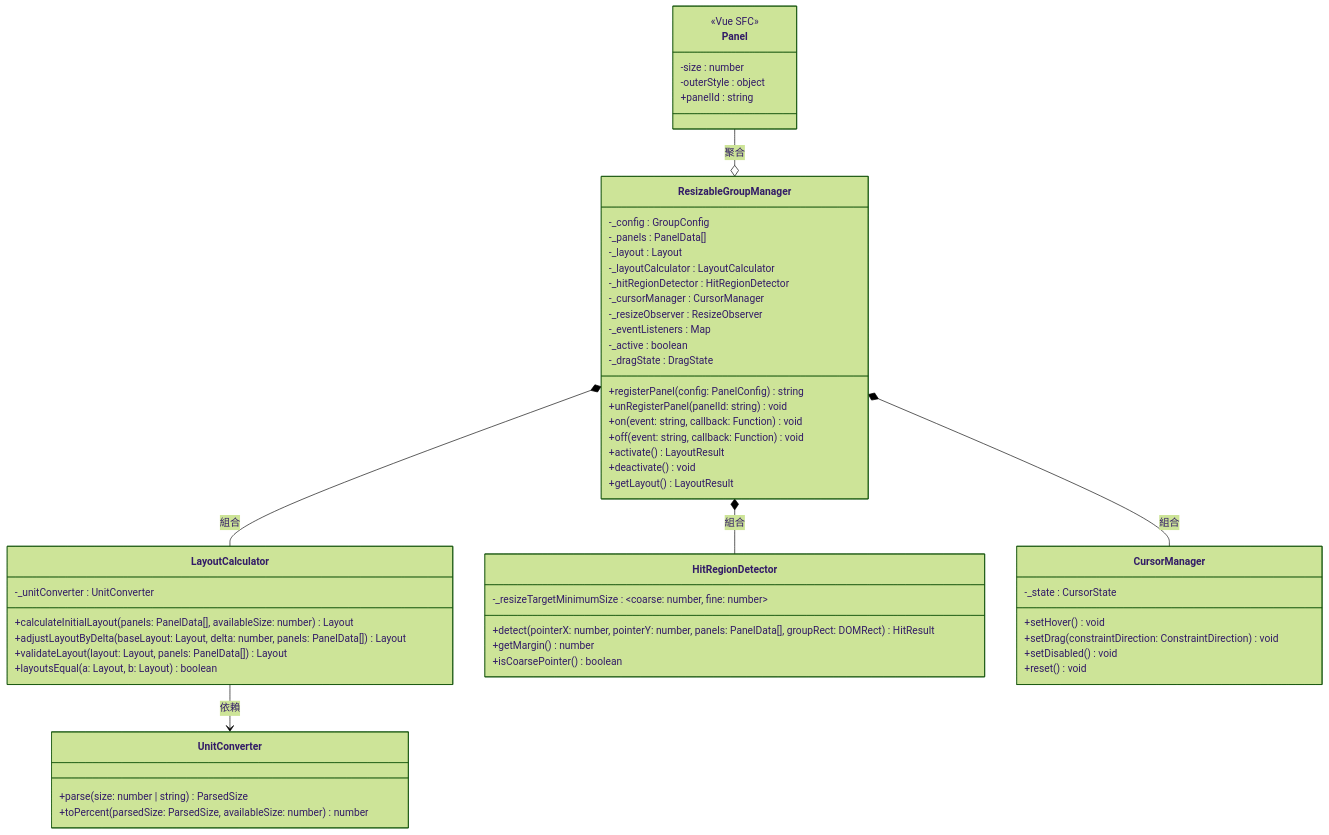
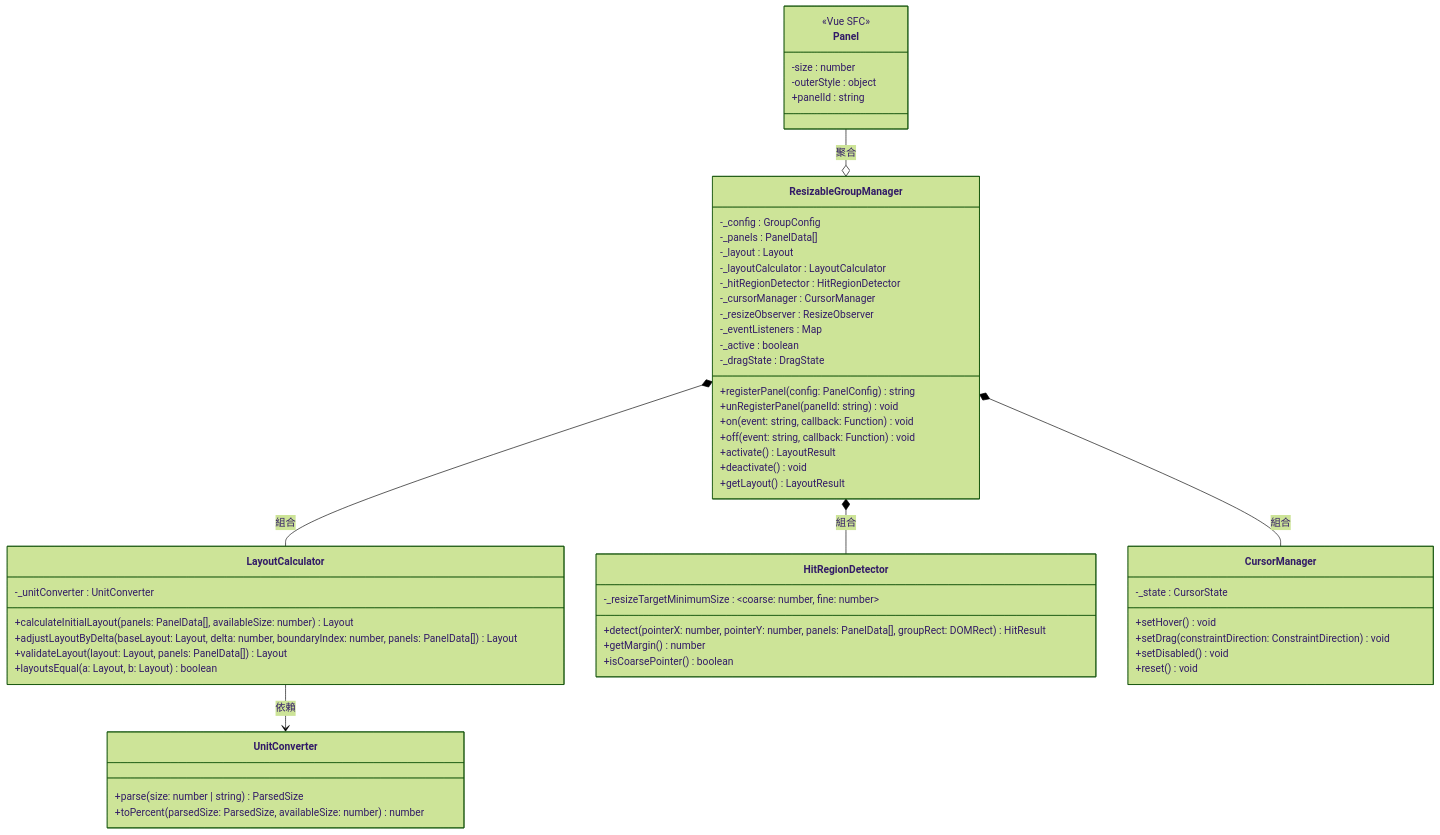
Before and after one commit to laidasan/resizable-panel: the first of 9 diagrams in V1-SA.md, drawn with Mermaid (forest theme). The commit also changed 1 other file, not shown here.

````diff
--- a/V1-SA.md
+++ b/V1-SA.md
@@ -21,65 +21,65 @@
 ```mermaid
 classDiagram
     direction TB
 
     class ResizableGroupManager {
         -_config : GroupConfig
         -_panels : PanelData[]
         -_layout : Layout
         -_layoutCalculator : LayoutCalculator
         -_hitRegionDetector : HitRegionDetector
         -_cursorManager : CursorManager
         -_resizeObserver : ResizeObserver
         -_eventListeners : Map
         -_active : boolean
         -_dragState : DragState
         +registerPanel(config: PanelConfig) string
         +unRegisterPanel(panelId: string) void
         +on(event: string, callback: Function) void
         +off(event: string, callback: Function) void
         +activate() LayoutResult
         +deactivate() void
         +getLayout() LayoutResult
     }
 
     class LayoutCalculator {
         -_unitConverter : UnitConverter
         +calculateInitialLayout(panels: PanelData[], availableSize: number) Layout
-        +adjustLayoutByDelta(baseLayout: Layout, delta: number, panels: PanelData[]) Layout
+        +adjustLayoutByDelta(baseLayout: Layout, delta: number, boundaryIndex: number, panels: PanelData[]) Layout
         +validateLayout(layout: Layout, panels: PanelData[]) Layout
         +layoutsEqual(a: Layout, b: Layout) boolean
     }
 
     class UnitConverter {
         +parse(size: number | string) ParsedSize
         +toPercent(parsedSize: ParsedSize, availableSize: number) number
     }
 
     class HitRegionDetector {
         -_resizeTargetMinimumSize : ~coarse: number, fine: number~
         +detect(pointerX: number, pointerY: number, panels: PanelData[], groupRect: DOMRect) HitResult
         +getMargin() number
         +isCoarsePointer() boolean
     }
 
     class CursorManager {
         -_state : CursorState
         +setHover() void
         +setDrag(constraintDirection: ConstraintDirection) void
         +setDisabled() void
         +reset() void
     }
 
     class Panel {
         <<Vue SFC>>
         -size : number
         -outerStyle : object
         +panelId : string
     }
 
     ResizableGroupManager *-- LayoutCalculator : 組合
     ResizableGroupManager *-- HitRegionDetector : 組合
     ResizableGroupManager *-- CursorManager : 組合
     Panel --o ResizableGroupManager : 聚合
     LayoutCalculator --> UnitConverter : 依賴
 ```
````
